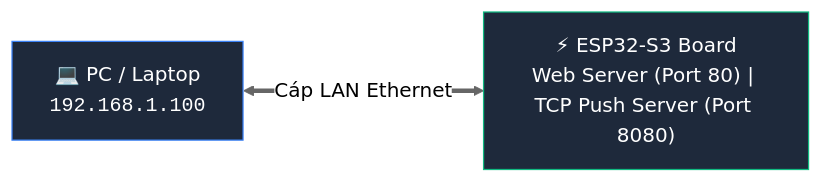
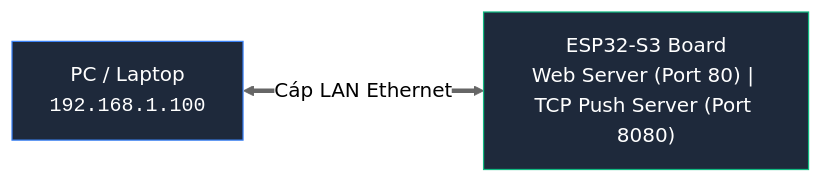
One commit to ninht365/ESP32-S3-BARRIER changed the diagram in docs/Tai_Lieu_Huong_Dan_Tich_Hop.md. Above: the diagram before and after it, drawn with Mermaid (neutral theme). The commit also changed other lines of this file and 1 other file, not shown here.

Commit message:
docs: update diagram format and improve clarity in user guide

````diff
--- a/docs/Tai_Lieu_Huong_Dan_Tich_Hop.md
+++ b/docs/Tai_Lieu_Huong_Dan_Tich_Hop.md
@@ -19,6 +12,6 @@
 ```mermaid
 flowchart LR
-    PC["💻 PC / Laptop<br><code>192.168.1.100</code>"] <== "Cáp LAN Ethernet" ==> ESP["⚡ ESP32-S3 Board<br>Web Server (Port 80) | TCP Push Server (Port 8080)"]
+    PC[" PC / Laptop<br><code>192.168.1.100</code>"] <== Cáp LAN Ethernet ==> ESP[" ESP32-S3 Board<br>Web Server (Port 80) | TCP Push Server (Port 8080)"]
     style PC fill:#1e293b,stroke:#3b82f6,color:#fff
     style ESP fill:#1e293b,stroke:#10b981,color:#fff
 ```
````
